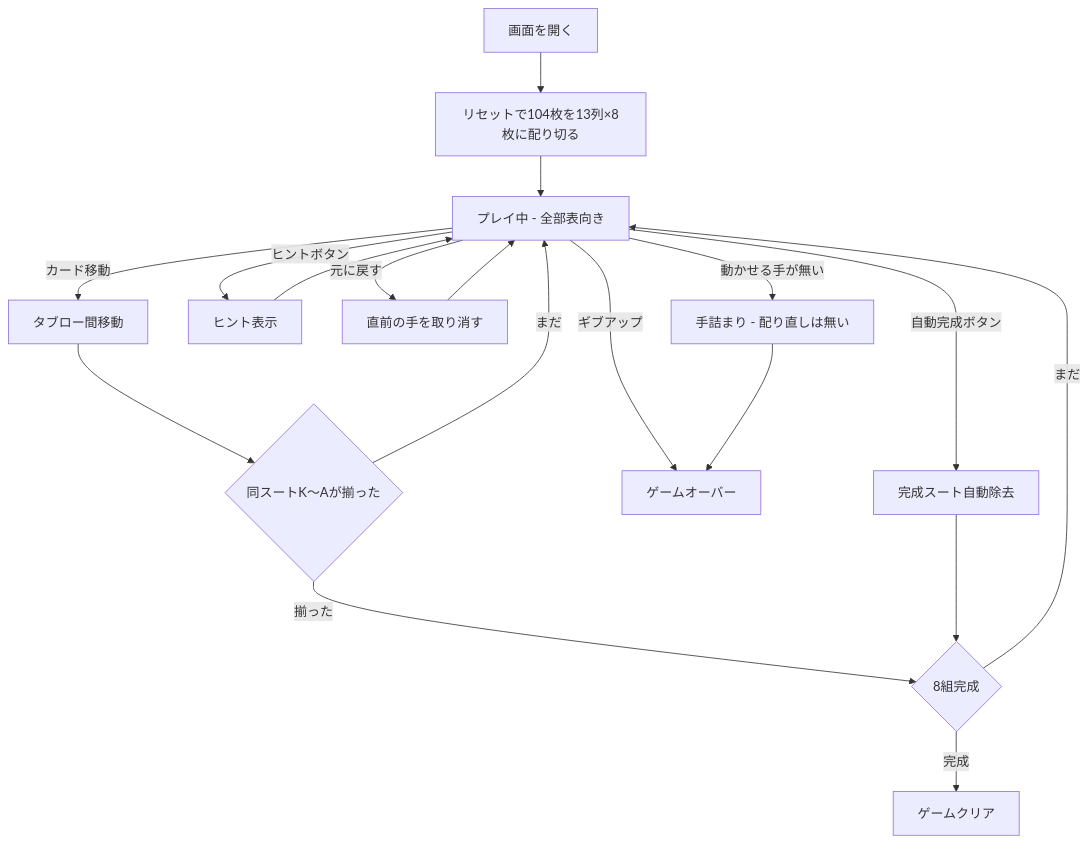
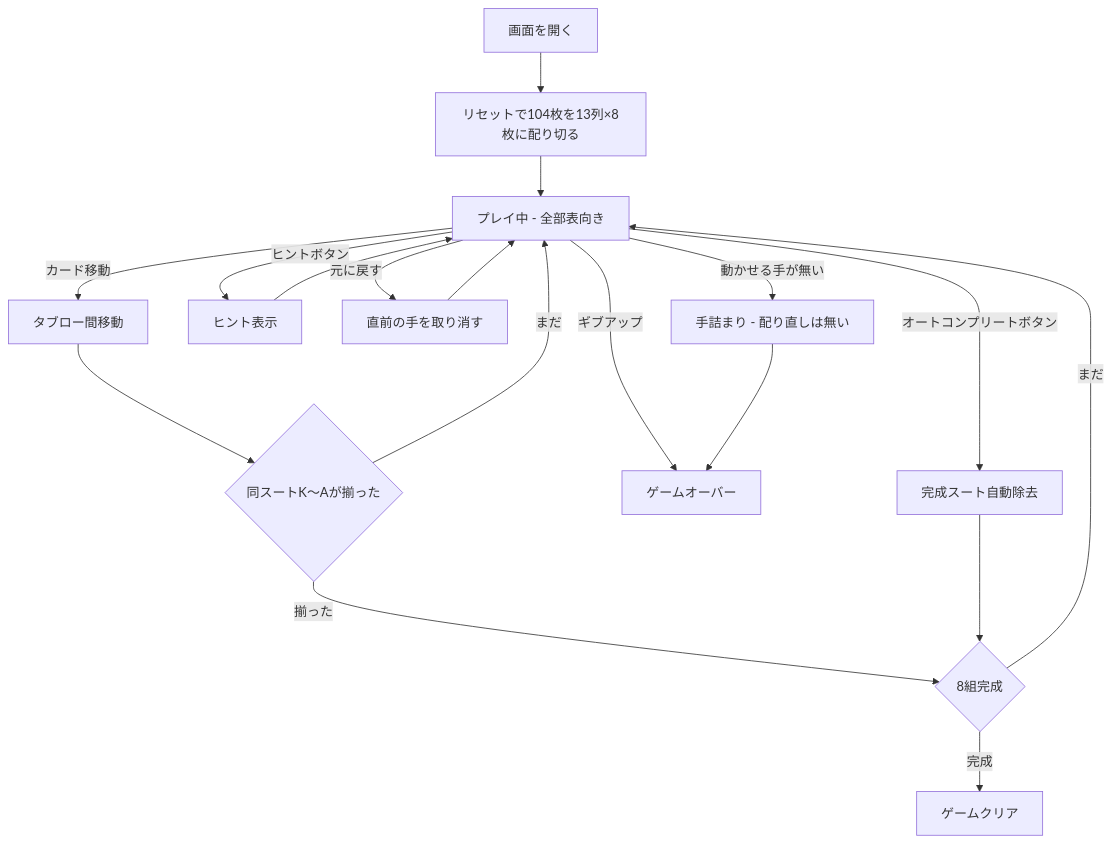
One commit to yuta-yoshinaga/go_trumpcards changed the diagram in docs/manual/web/mrsmop.md. Above: the diagram before and after it, drawn with Mermaid. The commit also changed other lines of this file and 115 other files, not shown here.

````diff
--- a/docs/manual/web/mrsmop.md
+++ b/docs/manual/web/mrsmop.md
@@ -48,20 +48,20 @@
 ```mermaid
 flowchart TD
     A[画面を開く] --> B[リセットで104枚を13列×8枚に配り切る]
     B --> C[プレイ中 - 全部表向き]
     C -->|カード移動| D[タブロー間移動]
     C -->|ヒントボタン| F[ヒント表示]
-    C -->|自動完成ボタン| G[完成スート自動除去]
+    C -->|オートコンプリートボタン| G[完成スート自動除去]
     C -->|元に戻す| U[直前の手を取り消す]
     C -->|ギブアップ| H[ゲームオーバー]
     D --> I{同スートK〜Aが揃った}
     I -->|揃った| J{8組完成}
     I -->|まだ| C
     J -->|完成| K[ゲームクリア]
     J -->|まだ| C
     F --> C
     U --> C
     G --> J
     C -->|動かせる手が無い| M[手詰まり - 配り直しは無い]
     M --> H
 ```
````
